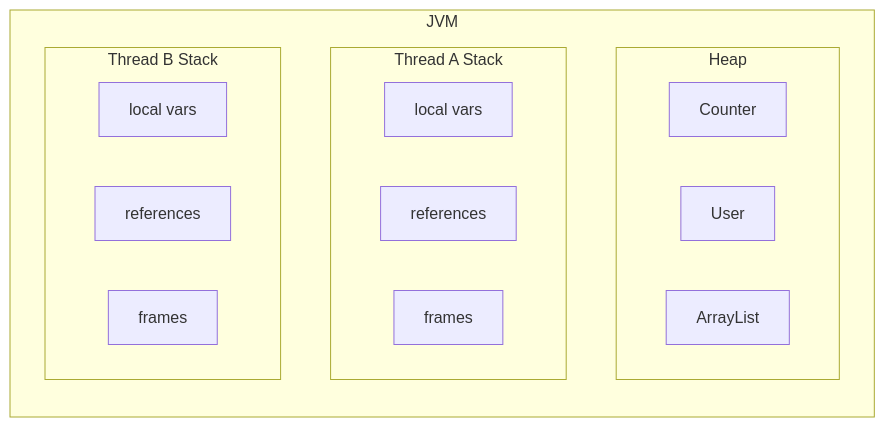
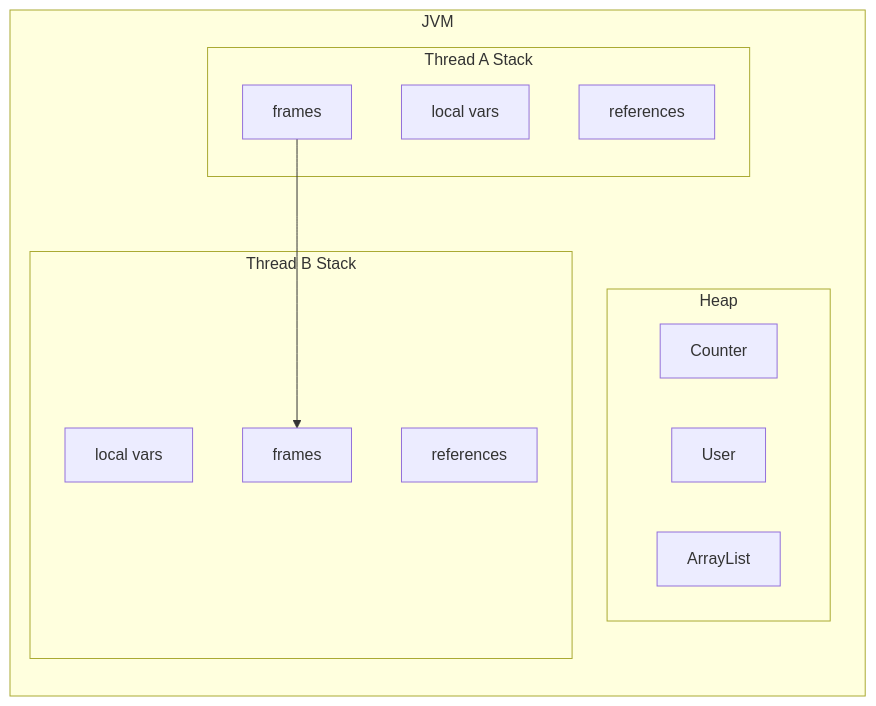
The diagram in images/Java-concurrency/IMG-20260707-000005.mmd (rebibabo/rebibabo.github.io), drawn with Mermaid before and after one commit. The commit also changed 59 other files, not shown here.

```diff
--- a/images/Java-concurrency/IMG-20260707-000005.mmd
+++ b/images/Java-concurrency/IMG-20260707-000005.mmd
@@ -1,18 +1,18 @@
 graph LR
     subgraph JVM
         subgraph Heap
             Counter
             User
             ArrayList
         end
         subgraph Thread_A[Thread A Stack]
             local_a[local vars]
             refs_a[references]
             frames_a[frames]
         end
         subgraph Thread_B[Thread B Stack]
             local_b[local vars]
             refs_b[references]
             frames_b[frames]
         end
-    end
+    end    frames_a --> frames_b
```
